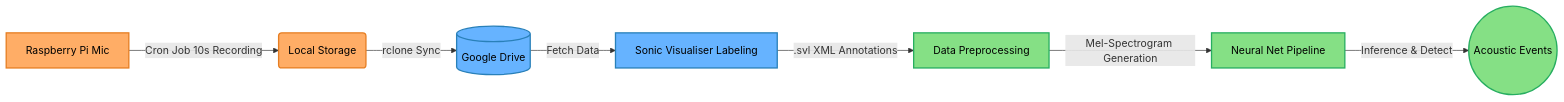
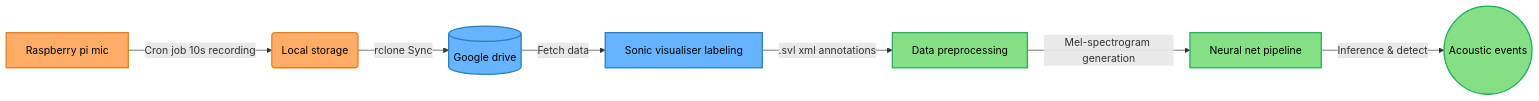
The diagram in docs/architecture.md (milanto-hery/bioacoustic-monitoring), drawn with Mermaid before and after one commit. The commit also changed other lines of this file and 5 other files, not shown here.

```diff
--- a/docs/architecture.md
+++ b/docs/architecture.md
@@ -17,13 +17,13 @@
 <div class="mermaid">
 graph LR
     classDef hardware fill:#ffad66,stroke:#e67e22,stroke-width:2px,color:#000
     classDef data fill:#66b3ff,stroke:#2980b9,stroke-width:2px,color:#000
     classDef ai fill:#85e085,stroke:#27ae60,stroke-width:2px,color:#000
 
-    A[Raspberry Pi Mic]:::hardware -->|Cron Job 10s Recording| B(Local Storage):::hardware
-    B -->|rclone Sync| C[(Google Drive)]:::data
-    C -->|Fetch Data| D[Sonic Visualiser Labeling]:::data
-    D -->|.svl XML Annotations| E[Data Preprocessing]:::ai
-    E -->|Mel-Spectrogram Generation| F[Neural Net Pipeline]:::ai
-    F -->|Inference & Detect| G((Acoustic Events)):::ai
+    A[Raspberry pi mic]:::hardware -->|Cron job 10s recording| B(Local storage):::hardware
+    B -->|rclone Sync| C[(Google drive)]:::data
+    C -->|Fetch data| D[Sonic visualiser labeling]:::data
+    D -->|.svl xml annotations| E[Data preprocessing]:::ai
+    E -->|Mel-spectrogram generation| F[Neural net pipeline]:::ai
+    F -->|Inference & detect| G((Acoustic events)):::ai
 </div>
```
